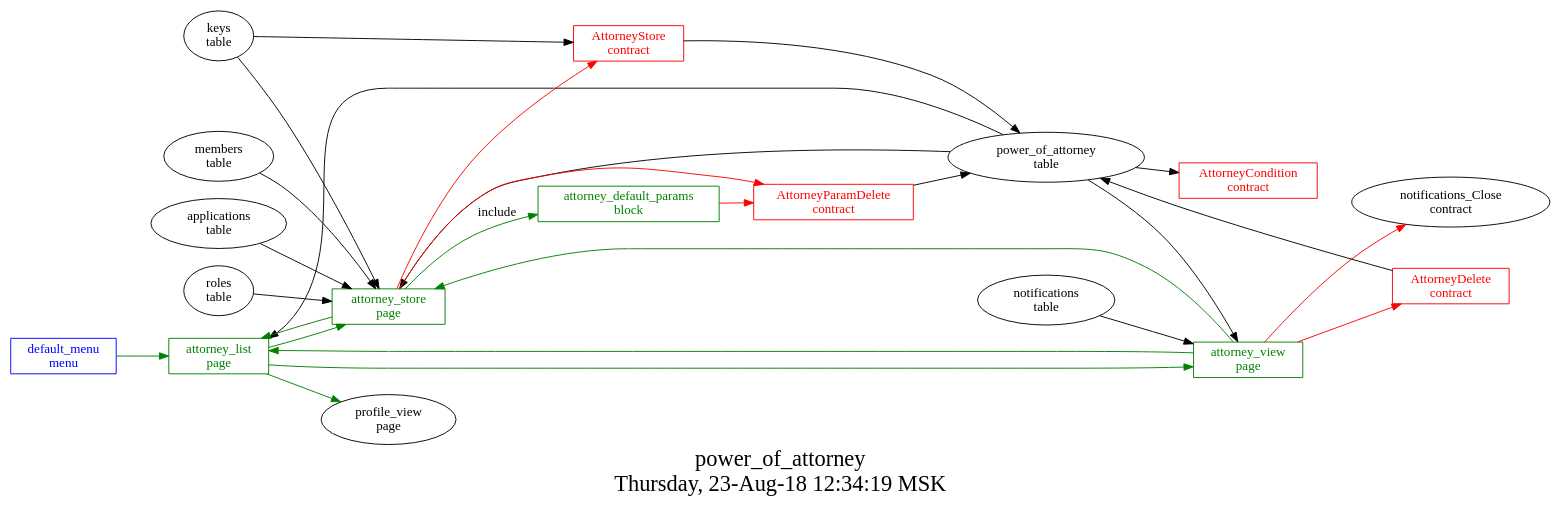
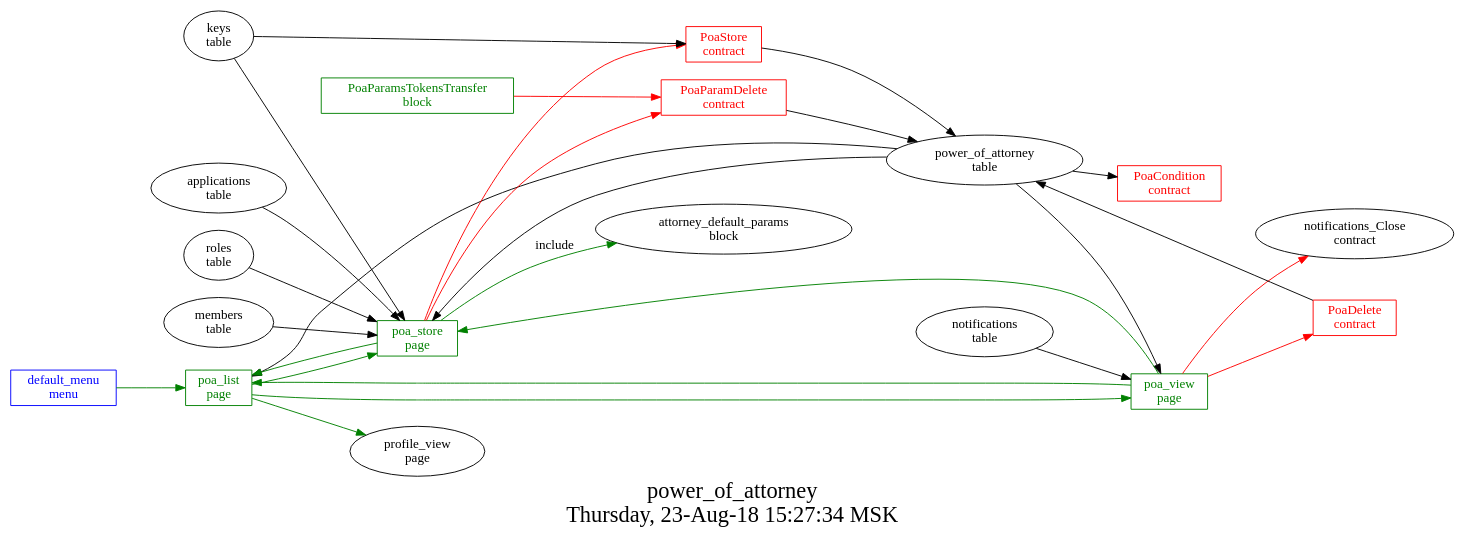
Before and after one commit to AlexZeDim/apps: the diagram in src/power_of_attorney/struct.dot, drawn with Graphviz. The commit also changed 15 other files, not shown here.

```diff
--- a/src/power_of_attorney/struct.dot
+++ b/src/power_of_attorney/struct.dot
@@ -1,46 +1,46 @@
 digraph G {
 graph [
   fontsize="24";
-  label="power_of_attorney\nThursday, 23-Aug-18 12:34:19 MSK";
+  label="power_of_attorney\nThursday, 23-Aug-18 15:27:34 MSK";
   nojustify=true;
   ordering=out;
   rankdir=LR;
   size="30";
 ];
-"default_menu\nmenu" -> "attorney_list\npage"  [ color=green ]
+"default_menu\nmenu" -> "poa_list\npage"  [ color=green ]
 "default_menu\nmenu" [color=blue, fontcolor=blue, group=menus, shape=record];
-"power_of_attorney\ntable" -> "attorney_list\npage"
-"attorney_list\npage" -> "attorney_store\npage"  [ color=green ]
-"attorney_list\npage" -> "attorney_view\npage"  [ color=green ]
-"attorney_list\npage" -> "profile_view\npage"  [ color=green ]
-"attorney_list\npage" [color=green, fontcolor=green, group=pages, shape=record];
-"attorney_store\npage" -> "AttorneyParamDelete\ncontract"  [ color=red ]
-"attorney_store\npage" -> "AttorneyStore\ncontract"  [ color=red ]
-"applications\ntable" -> "attorney_store\npage"
-"roles\ntable" -> "attorney_store\npage"
-"keys\ntable" -> "attorney_store\npage"
-"members\ntable" -> "attorney_store\npage"
-"power_of_attorney\ntable" -> "attorney_store\npage"
-"attorney_store\npage" -> "attorney_list\npage"  [ color=green ]
-"attorney_store\npage" -> "attorney_default_params\nblock"  [ color=green, label=include ]
-"attorney_store\npage" [color=green, fontcolor=green, group=pages, shape=record];
-"attorney_view\npage" -> "notifications_Close\ncontract"  [ color=red ]
-"attorney_view\npage" -> "AttorneyDelete\ncontract"  [ color=red ]
-"notifications\ntable" -> "attorney_view\npage"
-"power_of_attorney\ntable" -> "attorney_view\npage"
-"attorney_view\npage" -> "attorney_list\npage"  [ color=green ]
-"attorney_view\npage" -> "attorney_store\npage"  [ color=green ]
-"attorney_view\npage" [color=green, fontcolor=green, group=pages, shape=record];
-"attorney_default_params\nblock" -> "AttorneyParamDelete\ncontract"  [ color=red ]
-"attorney_default_params\nblock" [color=green, fontcolor=green, group=blocks, shape=record];
-"power_of_attorney\ntable" -> "AttorneyCondition\ncontract"
-"AttorneyCondition\ncontract" [color=red, fontcolor=red, group=contracts, shape=record];
-"AttorneyDelete\ncontract" -> "power_of_attorney\ntable"  [ color="" ]
-"AttorneyDelete\ncontract" [color=red, fontcolor=red, group=contracts, shape=record];
-"AttorneyParamDelete\ncontract" -> "power_of_attorney\ntable"  [ color="" ]
-"AttorneyParamDelete\ncontract" [color=red, fontcolor=red, group=contracts, shape=record];
-"AttorneyStore\ncontract" -> "power_of_attorney\ntable"  [ color="" ]
-"keys\ntable" -> "AttorneyStore\ncontract"
-"AttorneyStore\ncontract" [color=red, fontcolor=red, group=contracts, shape=record];
+"power_of_attorney\ntable" -> "poa_list\npage"
+"poa_list\npage" -> "poa_store\npage"  [ color=green ]
+"poa_list\npage" -> "poa_view\npage"  [ color=green ]
+"poa_list\npage" -> "profile_view\npage"  [ color=green ]
+"poa_list\npage" [color=green, fontcolor=green, group=pages, shape=record];
+"poa_store\npage" -> "PoaParamDelete\ncontract"  [ color=red ]
+"poa_store\npage" -> "PoaStore\ncontract"  [ color=red ]
+"applications\ntable" -> "poa_store\npage"
+"roles\ntable" -> "poa_store\npage"
+"keys\ntable" -> "poa_store\npage"
+"members\ntable" -> "poa_store\npage"
+"power_of_attorney\ntable" -> "poa_store\npage"
+"poa_store\npage" -> "poa_list\npage"  [ color=green ]
+"poa_store\npage" -> "attorney_default_params\nblock"  [ color=green, label=include ]
+"poa_store\npage" [color=green, fontcolor=green, group=pages, shape=record];
+"poa_view\npage" -> "notifications_Close\ncontract"  [ color=red ]
+"poa_view\npage" -> "PoaDelete\ncontract"  [ color=red ]
+"notifications\ntable" -> "poa_view\npage"
+"power_of_attorney\ntable" -> "poa_view\npage"
+"poa_view\npage" -> "poa_list\npage"  [ color=green ]
+"poa_view\npage" -> "poa_store\npage"  [ color=green ]
+"poa_view\npage" [color=green, fontcolor=green, group=pages, shape=record];
+"PoaParamsTokensTransfer\nblock" -> "PoaParamDelete\ncontract"  [ color=red ]
+"PoaParamsTokensTransfer\nblock" [color=green, fontcolor=green, group=blocks, shape=record];
+"power_of_attorney\ntable" -> "PoaCondition\ncontract"
+"PoaCondition\ncontract" [color=red, fontcolor=red, group=contracts, shape=record];
+"PoaDelete\ncontract" -> "power_of_attorney\ntable"  [ color="" ]
+"PoaDelete\ncontract" [color=red, fontcolor=red, group=contracts, shape=record];
+"PoaParamDelete\ncontract" -> "power_of_attorney\ntable"  [ color="" ]
+"PoaParamDelete\ncontract" [color=red, fontcolor=red, group=contracts, shape=record];
+"PoaStore\ncontract" -> "power_of_attorney\ntable"  [ color="" ]
+"keys\ntable" -> "PoaStore\ncontract"
+"PoaStore\ncontract" [color=red, fontcolor=red, group=contracts, shape=record];
 "power_of_attorney\ntable" [color="", fontcolor="", group=tables, shape=""];
 }
```
